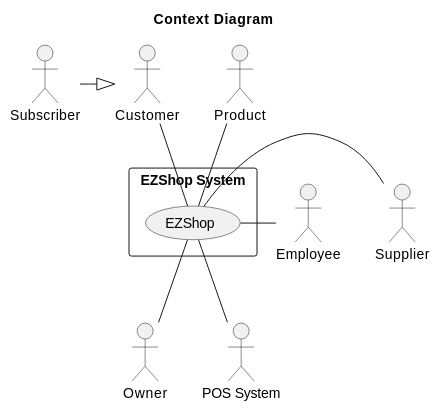
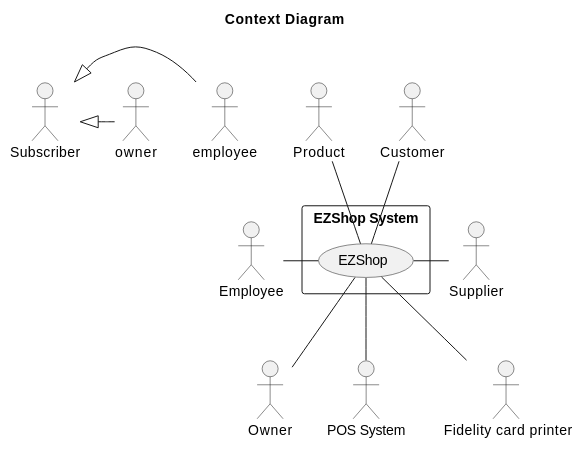
The first of 4 diagrams in Deliverables/RequirementsDocument.md (nicolabattaglino/ezshop), drawn with PlantUML before and after one commit.

````diff
--- a/Deliverables/RequirementsDocument.md
+++ b/Deliverables/RequirementsDocument.md
@@ -51,29 +51,31 @@
 ```plantuml
 @startuml
 
 
 title Context Diagram
 
 
 actor Owner
-actor Customer
 actor Product
 actor Subscriber
 actor Employee
 actor :POS System: as POSSystem
 actor :Supplier: as supplier
+actor : Fidelity card printer: as fcPrinter
 rectangle "EZShop System" as EZShopSystem{
 (EZShop)
 }
-Subscriber -|> Customer
+Subscriber <|- employee
+Subscriber <|-owner
 Customer -- EZShop
 Product -- EZShop
 EZShop -- Owner
 Employee - EZShop
 EZShop -- POSSystem
 EZShop - supplier
+EZShop-- fcPrinter
 
 
 
 @enduml
 ```
````
